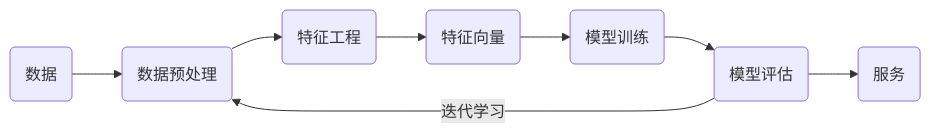
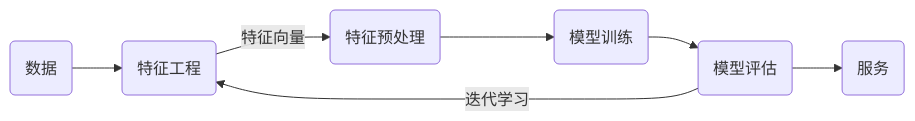
One commit to hughxusu/lesson-ai changed the first of 2 diagrams in index.md. Above: the diagram before and after it, drawn with Mermaid. The commit also changed other lines of this file and 4 other files, not shown here.

````diff
--- a/index.md
+++ b/index.md
@@ -91,6 +91,6 @@
 ```mermaid
 flowchart LR
-		z(数据)-->a(数据预处理)-->b(特征工程)-->c(特征向量)-->d(模型训练)-->e(模型评估)
+		z(数据)-->a(特征工程)--特征向量-->b(特征预处理)-->d(模型训练)-->e(模型评估)
     e--迭代学习-->a
     e-->g(服务)
 ```
````
